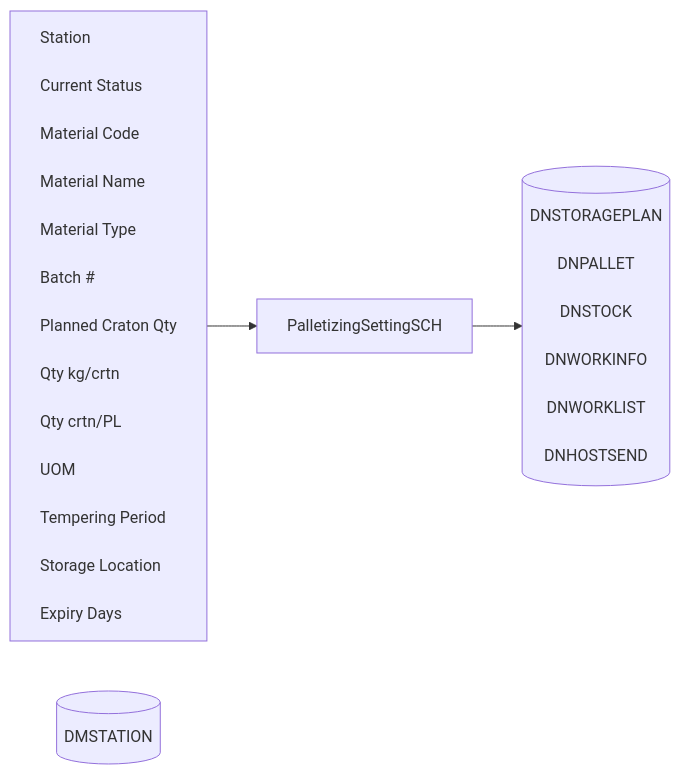
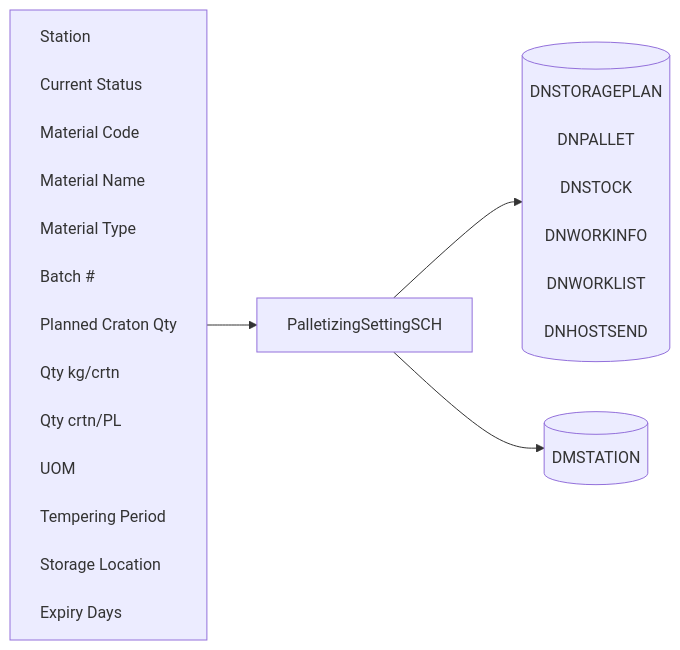
The diagram in Basic-Design/DFD-WMS/Storage/Palletizing-Settting/Palletize-Start.md (luthfiadityaa/SimeDarby-Wiki), drawn with Mermaid before and after one commit.

Commit message:
Updated Palletize Start

```diff
--- a/Basic-Design/DFD-WMS/Storage/Palletizing-Settting/Palletize-Start.md
+++ b/Basic-Design/DFD-WMS/Storage/Palletizing-Settting/Palletize-Start.md
@@ -18,39 +18,40 @@
 ::: mermaid
 flowchart LR
     input[
         Station<br>
         Current Status<br>
         Material Code<br>
         Material Name<br>
         Material Type<br>
         Batch #<br>
         Planned Craton Qty<br>
         Qty kg/crtn<br>
         Qty crtn/PL<br>
         UOM<br>
         Tempering Period<br>
         Storage Location<br>
         Expiry Days<br>
     ]
 
     tableList-insert[("
         DNSTORAGEPLAN<br>
         DNPALLET<br>
         DNSTOCK<br>
         DNWORKINFO<br>
         DNWORKLIST<br>
         DNHOSTSEND<br>
     ")]
 
     tableList-update[("
         DMSTATION
     ")]
 
     className[PalletizingSettingSCH]
 
     input --> className --> tableList-insert
+    className --> tableList-update
 
     classDef leftAlign text-align:left;
     class input leftAlign;
 
 :::
```
